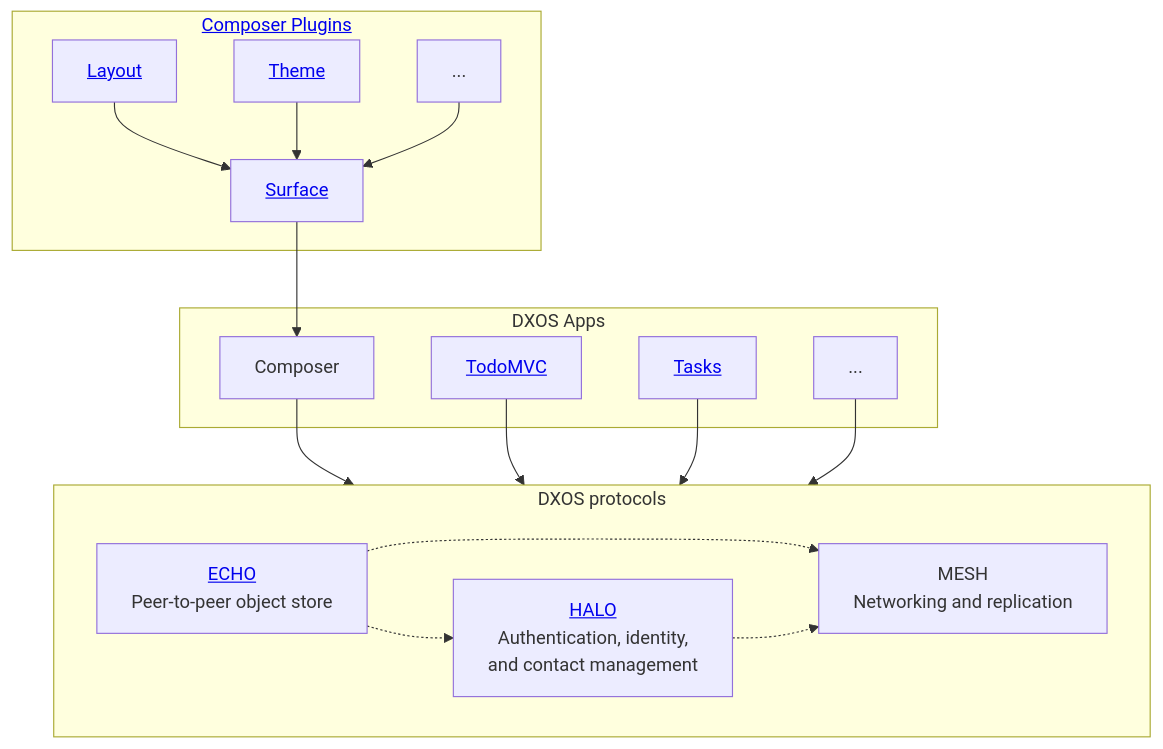
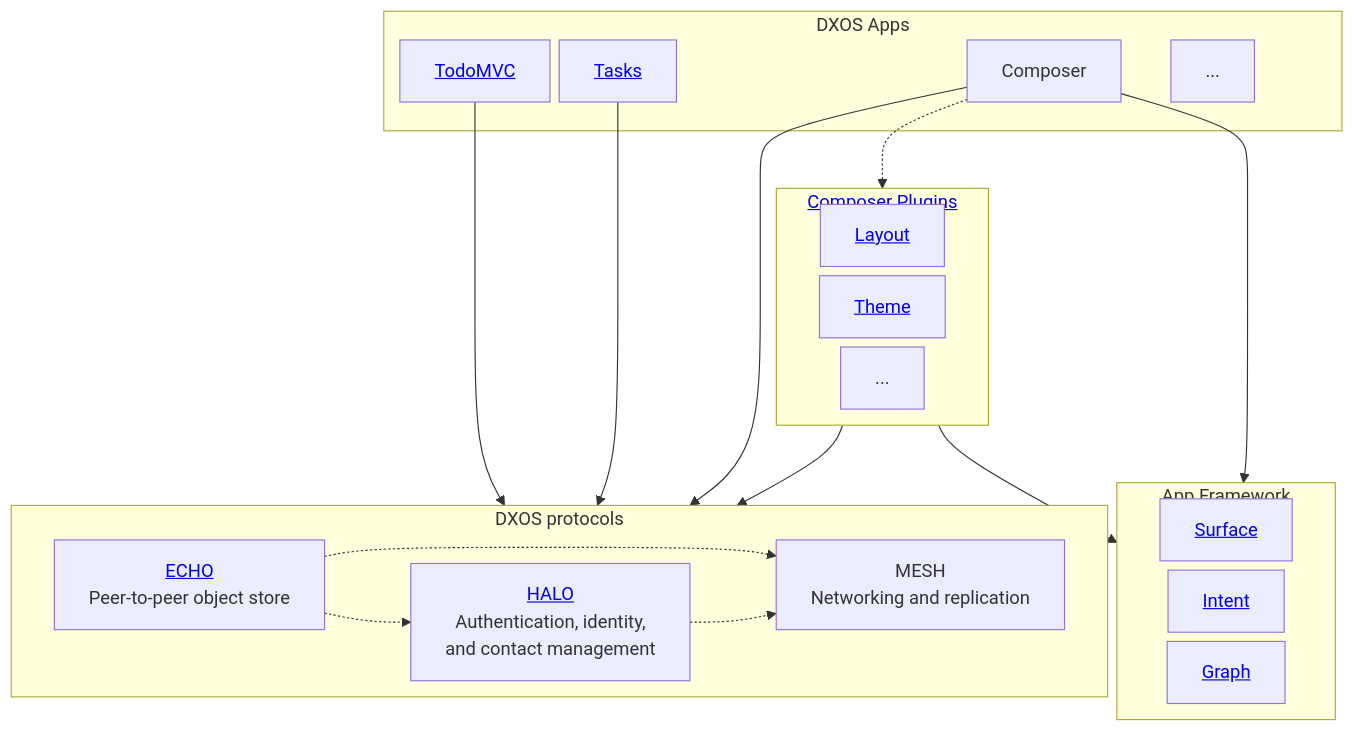
The diagram in docs/content/guide/README.md (dxos/dxos), drawn with Mermaid before and after one commit.

Commit message:
Update ToC diagram (thanks @thure and @wittjosiah)

````diff
--- a/docs/content/guide/README.md
+++ b/docs/content/guide/README.md
@@ -32,31 +32,36 @@
 ```mermaid
 graph TD;
-  subgraph Plugins["<a href="./composer-plugins/">Composer Plugins</a>"];
-    Surface["<a href="./composer-plugins/surface">Surface</a>"];
-    Layout["<a href="./composer-plugins/core#layout">Layout</a>"];
-    Theme["<a href="./composer-plugins/core#theme">Theme</a>"];
-    Etc1["..."];
-    Layout-->Surface;
-    Theme-->Surface;
-    Etc1-->Surface;
-  end
-  Surface-->Composer;
-  subgraph App["DXOS Apps"];
-    Composer;
-    TodoMVC["<a href='./samples/#todomvc'>TodoMVC</a>"];
-    Tasks["<a href='./samples/#tasks'>Tasks</a>"];
-    Etc2["..."];
-  end
+  %% Make the nodes closer together horizontally to narrow the graph:
+  %%{init:{'flowchart':{'nodeSpacing': 8}}}%%
   subgraph DXOS["DXOS protocols"];
     ECHO["<a href='./halo/'>ECHO</a><br>Peer-to-peer object store"];
     HALO["<a href='./halo/'>HALO</a><br>Authentication, identity,<br>and contact management"];
     MESH["MESH\nNetworking and replication"];
     ECHO-.->HALO;
     ECHO-.->MESH
     HALO-.->MESH;
   end
-  Composer-->DXOS;
+  subgraph Plugins["<a href="./composer-plugins/">Composer Plugins</a>"];
+    Layout["<a href="./composer-plugins/core#layout">Layout</a>"];
+    Theme["<a href="./composer-plugins/core#theme">Theme</a>"];
+    Etc1["..."];
+  end
+  subgraph AppFramework["App Framework"];
+    Surface["<a href="./composer-plugins/surface">Surface</a>"];
+    Intent["<a href="./composer-plugins/intent">Intent</a>"];
+    Graph["<a href="./composer-plugins/graph">Graph</a>"];
+  end
+  subgraph App["DXOS Apps"];
+    TodoMVC["<a href='./samples/#todomvc'>TodoMVC</a>"];
+    Tasks["<a href='./samples/#tasks'>Tasks</a>"];
+    Composer;
+    Etc2["..."];
+  end
   TodoMVC-->DXOS;
   Tasks-->DXOS;
-  Etc2-->DXOS;
+  Composer-->DXOS;
+  Composer-.->Plugins;
+  Composer-->AppFramework;
+  Plugins-->DXOS;
+  Plugins-->AppFramework;
 ```
````
